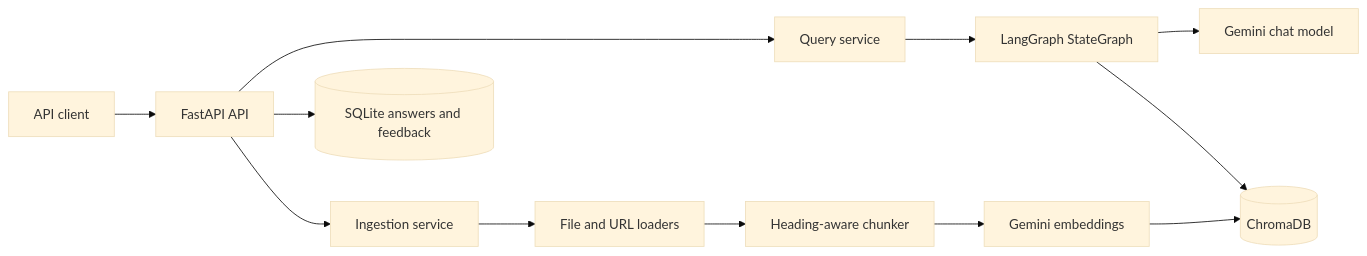
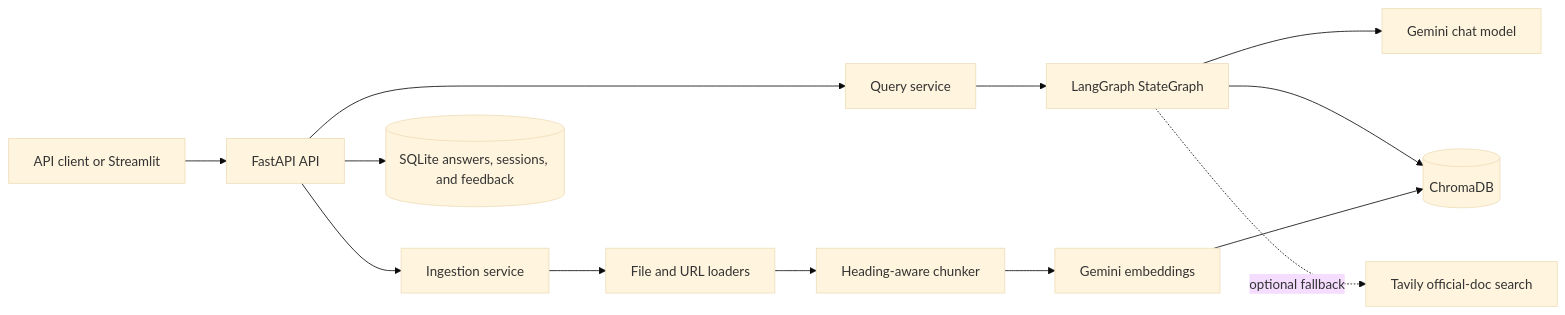
Before and after one commit to Sonam-icon/know-it: the first of 2 diagrams in README.md, drawn with Mermaid (base theme). The commit also changed other lines of this file and 1 other file, not shown here.

Commit message:
docs: document bonus architecture and setup

```diff
--- a/README.md
+++ b/README.md
@@ -24,17 +28,18 @@
 ~~~mermaid
 flowchart LR
-    Client[API client] --> API[FastAPI API]
+    Client[API client or Streamlit] --> API[FastAPI API]
 
     API --> QueryService[Query service]
     API --> IngestionService[Ingestion service]
-    API --> FeedbackRepository[(SQLite answers and feedback)]
+    API --> Repository[(SQLite answers, sessions, and feedback)]
 
     QueryService --> Graph[LangGraph StateGraph]
     Graph --> GeminiChat[Gemini chat model]
     Graph --> VectorStore[(ChromaDB)]
+    Graph -. optional fallback .-> Tavily[Tavily official-doc search]
 
     IngestionService --> Loader[File and URL loaders]
     Loader --> Chunker[Heading-aware chunker]
     Chunker --> GeminiEmbeddings[Gemini embeddings]
     GeminiEmbeddings --> VectorStore
 ~~~
```
